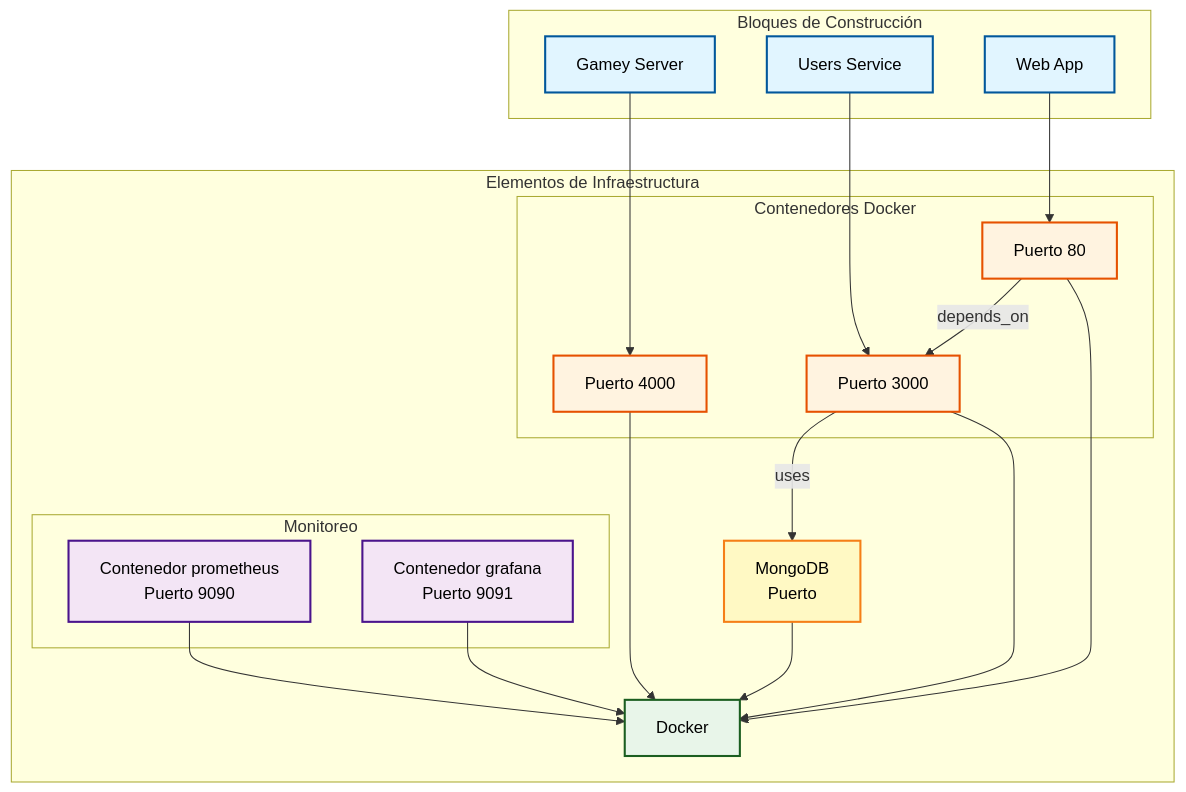
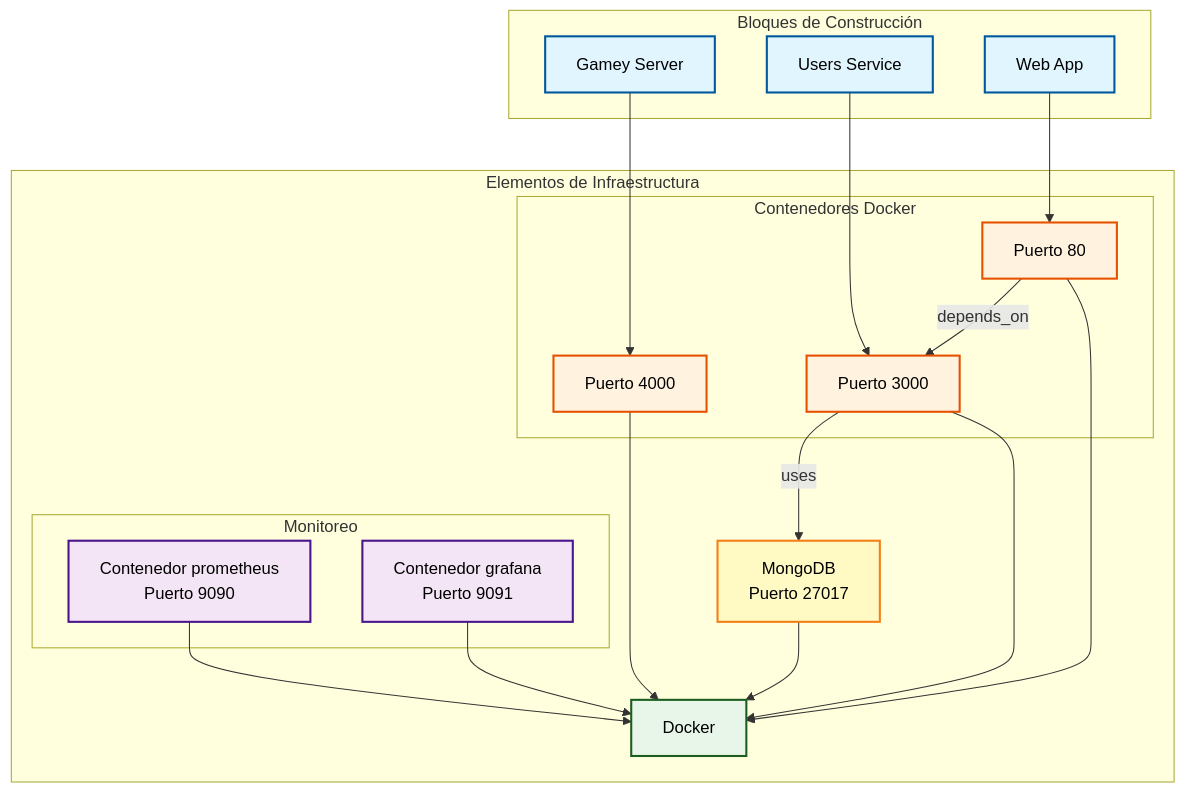
Before and after one commit to Arquisoft/yovi_es5c: the diagram in docs/src/07_deployment_view.adoc, drawn with Mermaid. The commit also changed other lines of this file, not shown here.

```diff
--- a/docs/src/07_deployment_view.adoc
+++ b/docs/src/07_deployment_view.adoc
@@ -89,55 +151,55 @@
 [mermaid, "business-context", png]
 ----
 ---
 config:
   layout: fixed
 ---
 flowchart TB
  subgraph Software["Bloques de Construcción"]
         GameyServer["Gamey Server<br>"]
         UsersService["Users Service<br>"]
         WebApp["Web App<br>"]
   end
  subgraph Containers["Contenedores Docker"]
         GameyContainer["Puerto 4000"]
         UsersContainer["Puerto 3000"]
         WebAppContainer["Puerto 80"]
   end
  subgraph Monitoring["Monitoreo"]
         PrometheusContainer["Contenedor prometheus<br>Puerto 9090"]
         GrafanaContainer["Contenedor grafana<br>Puerto 9091"]
   end
  subgraph Infrastructure["Elementos de Infraestructura"]
         DockerNet["Docker<br>"]
-        MongoDB["MongoDB<br>Puerto"]
+        MongoDB["MongoDB<br>Puerto 27017"]
         Containers
         Monitoring
   end
     GameyServer --> GameyContainer
     WebApp --> WebAppContainer
     GameyContainer --> DockerNet
     UsersContainer --> DockerNet
     WebAppContainer --> DockerNet
     PrometheusContainer --> DockerNet
     GrafanaContainer --> DockerNet
     MongoDB --> DockerNet
     WebAppContainer -- depends_on --> UsersContainer
     UsersService --> UsersContainer
     UsersContainer -- uses --> MongoDB
 
      GameyServer:::software
      UsersService:::software
      WebApp:::software
      GameyContainer:::container
      UsersContainer:::container
      WebAppContainer:::container
      PrometheusContainer:::monitoring
      GrafanaContainer:::monitoring
      DockerNet:::network
      MongoDB:::database
     classDef software fill:#e1f5ff,stroke:#01579b,stroke-width:2px,color:#000
     classDef container fill:#fff3e0,stroke:#e65100,stroke-width:2px,color:#000
     classDef monitoring fill:#f3e5f5,stroke:#4a148c,stroke-width:2px,color:#000
     classDef database fill:#fff9c4,stroke:#f57f17,stroke-width:2px,color:#000
     classDef network fill:#e8f5e9,stroke:#1b5e20,stroke-width:2px,color:#000
 ----
```
